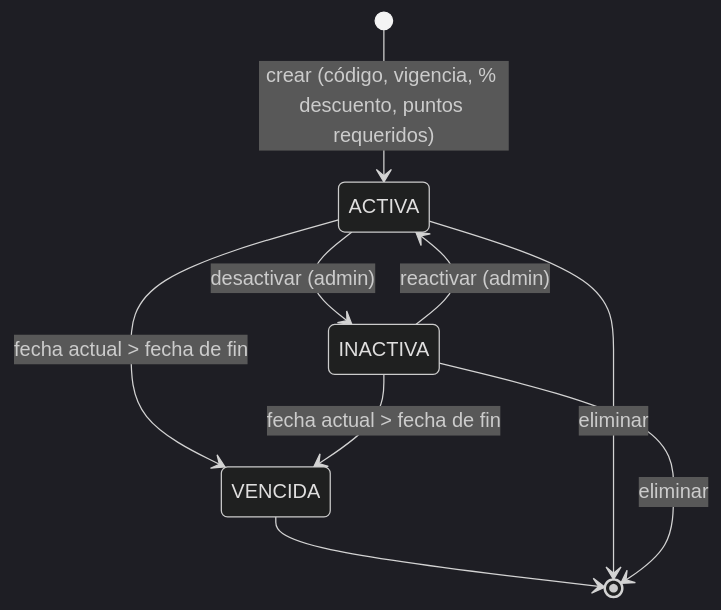
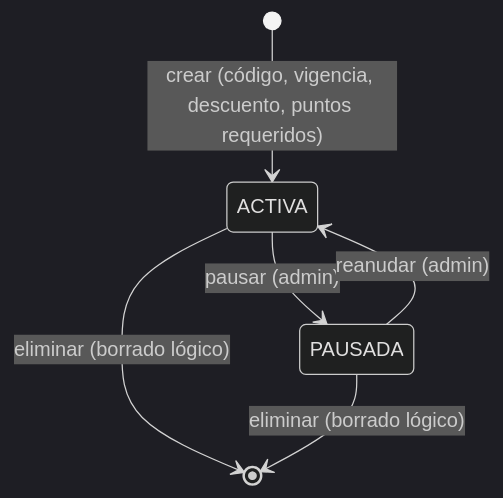
One commit to BrayanCABRERA123/lavarapido-docs changed diagram 24 of 26 in 02_DOCUMENTACION_DE_ANALISIS_DEL_SOFTWARE/ES/MD/documentacion-de-analisis-del-software.md. Above: the diagram before and after it, drawn with Mermaid (dark theme). The commit also changed other lines of this file and 7 other files, not shown here.

Commit message:
docs(analysis): correct sequences and states against the code and redraw the diagrams (2.3)

````diff
--- a/02_DOCUMENTACION_DE_ANALISIS_DEL_SOFTWARE/ES/MD/documentacion-de-analisis-del-software.md
+++ b/02_DOCUMENTACION_DE_ANALISIS_DEL_SOFTWARE/ES/MD/documentacion-de-analisis-del-software.md
@@ -857,11 +869,8 @@
 ```mermaid
 stateDiagram-v2
-    [*] --> ACTIVA : crear (código, vigencia, % descuento, puntos requeridos)
-    ACTIVA --> INACTIVA : desactivar (admin)
-    INACTIVA --> ACTIVA : reactivar (admin)
-    ACTIVA --> VENCIDA : fecha actual > fecha de fin
-    INACTIVA --> VENCIDA : fecha actual > fecha de fin
-    VENCIDA --> [*]
-    ACTIVA --> [*] : eliminar
-    INACTIVA --> [*] : eliminar
+    [*] --> ACTIVA : crear (código, vigencia, descuento, puntos requeridos)
+    ACTIVA --> PAUSADA : pausar (admin)
+    PAUSADA --> ACTIVA : reanudar (admin)
+    ACTIVA --> [*] : eliminar (borrado lógico)
+    PAUSADA --> [*] : eliminar (borrado lógico)
 ```
````
